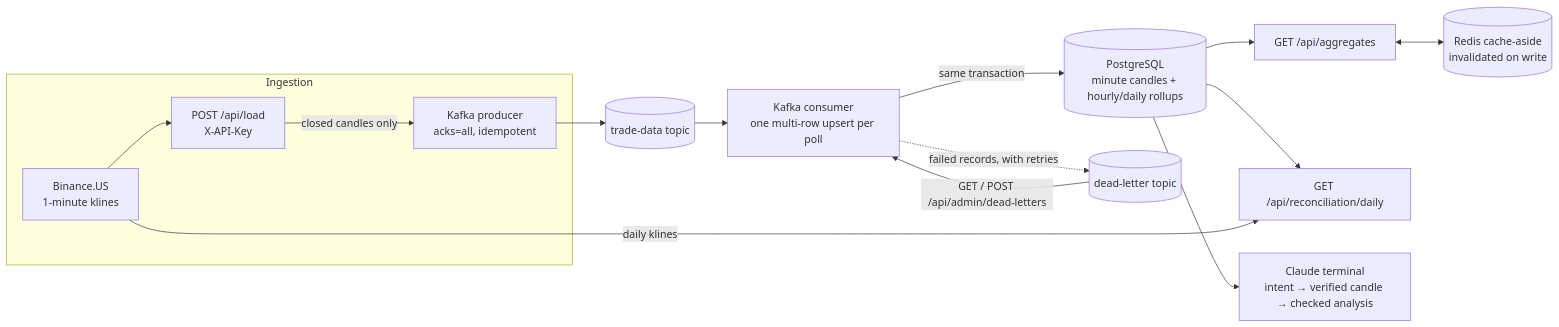
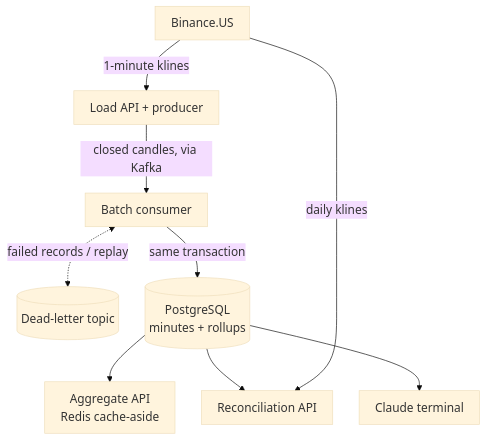
The diagram in README.md (chenziliang1/market-data-pipeline), drawn with Mermaid before and after one commit. The commit also changed other lines of this file and 2 other files, not shown here.

Commit message:
README: static architecture diagram with shorter labels
Render docs/architecture.mmd to docs/architecture.svg so the diagram is not
covered by the Mermaid toolbar on GitHub; keep the source in a collapsed block.

````diff
--- a/README.md
+++ b/README.md
@@ -35,17 +40,12 @@
 ```mermaid
-flowchart LR
-    subgraph Ingestion
-        BZ[Binance.US<br/>1-minute klines] --> LOAD[POST /api/load<br/>X-API-Key]
-        LOAD -->|closed candles only| PROD[Kafka producer<br/>acks=all, idempotent]
-    end
-    PROD --> TOPIC[(trade-data topic)]
-    TOPIC --> CONS[Kafka consumer<br/>one multi-row upsert per poll]
-    CONS -->|same transaction| PG[(PostgreSQL<br/>minute candles + hourly/daily rollups)]
-    CONS -. failed records, with retries .-> DLT[(dead-letter topic)]
-    DLT -->|GET / POST /api/admin/dead-letters| CONS
-    PG --> AGG[GET /api/aggregates]
-    AGG <--> REDIS[(Redis cache-aside<br/>invalidated on write)]
-    PG --> REC[GET /api/reconciliation/daily]
+%%{init: {"theme": "base", "themeVariables": {"fontSize": "18px"}, "flowchart": {"nodeSpacing": 40, "rankSpacing": 50, "padding": 12}}}%%
+flowchart TB
+    BZ[Binance.US] -->|1-minute klines| LOAD[Load API + producer]
+    LOAD -->|closed candles, via Kafka| CONS[Batch consumer]
+    CONS <-. failed records / replay .-> DLT[(Dead-letter topic)]
+    CONS -->|same transaction| PG[(PostgreSQL<br/>minutes + rollups)]
+    PG --> AGG[Aggregate API<br/>Redis cache-aside]
+    PG --> REC[Reconciliation API]
+    PG --> TERM[Claude terminal]
     BZ -->|daily klines| REC
-    PG --> TERM[Claude terminal<br/>intent → verified candle → checked analysis]
 ```
````
